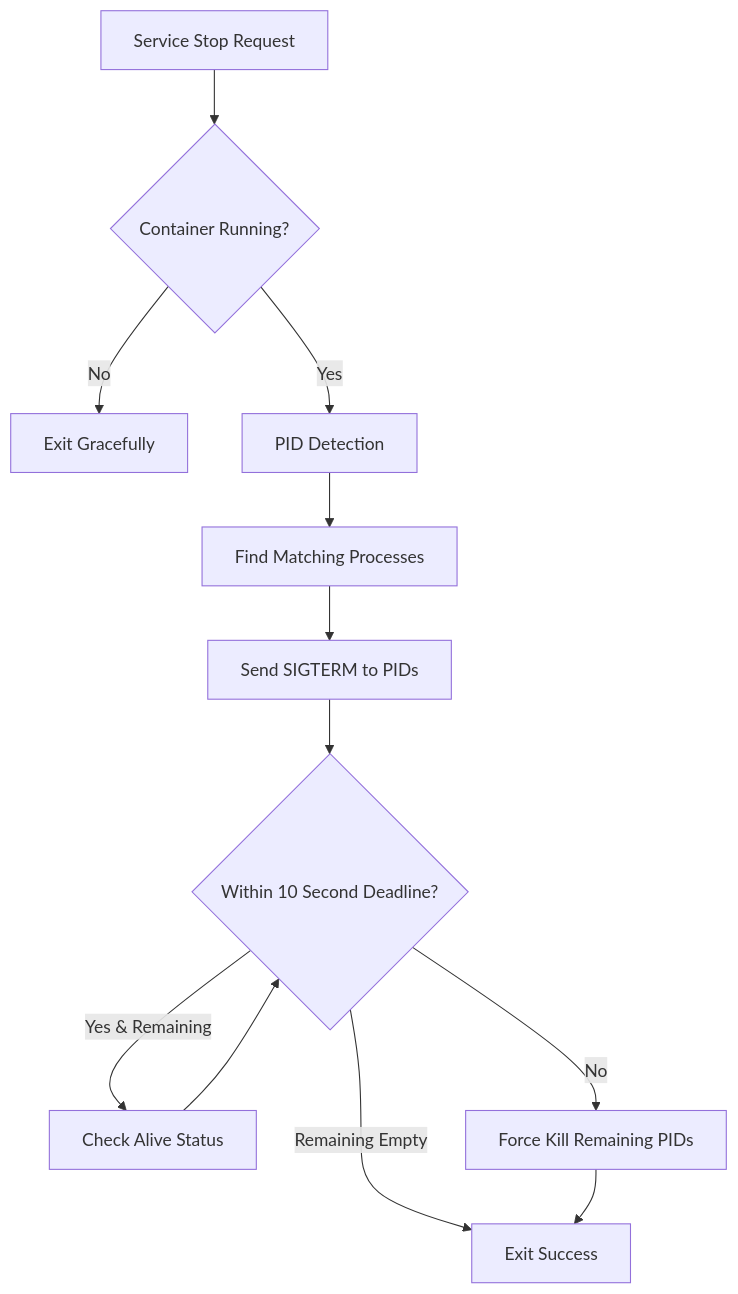
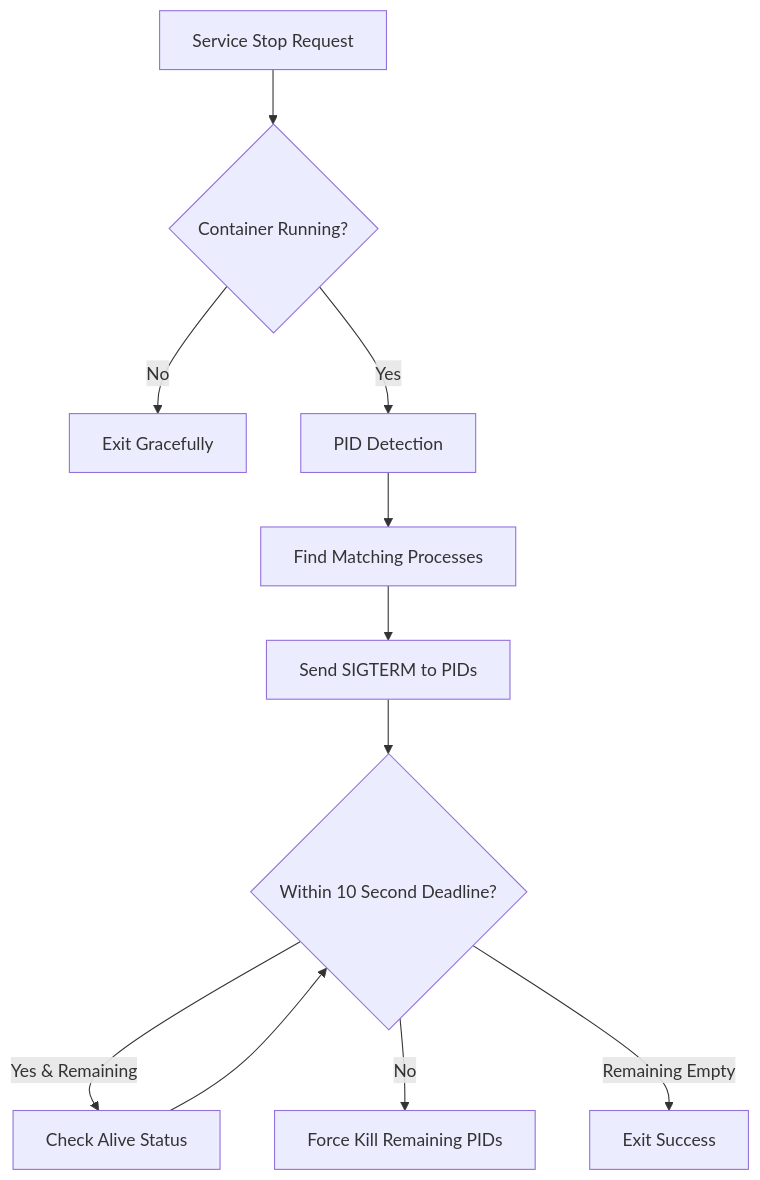
Before and after one commit to intellistream/sage-mate: the fifth of 7 diagrams in .qoder/repowiki/en/content/Core Components/Service Layer/Service Layer.md, drawn with Mermaid. The commit also changed other lines of this file and 115 other files, not shown here.

````diff
--- a/.qoder/repowiki/en/content/Core Components/Service Layer/Service Layer.md
+++ b/.qoder/repowiki/en/content/Core Components/Service Layer/Service Layer.md
@@ -394,14 +421,13 @@
 ```mermaid
 flowchart TD
 A["Service Stop Request"] --> B{"Container Running?"}
 B --> |No| C["Exit Gracefully"]
 B --> |Yes| D["PID Detection"]
 D --> E["Find Matching Processes"]
 E --> F["Send SIGTERM to PIDs"]
 F --> G{"Within 10 Second Deadline?"}
 G --> |Yes & Remaining| H["Check Alive Status"]
 H --> G
 G --> |No| I["Force Kill Remaining PIDs"]
 G --> |Remaining Empty| J["Exit Success"]
-I --> J
 ```
````
